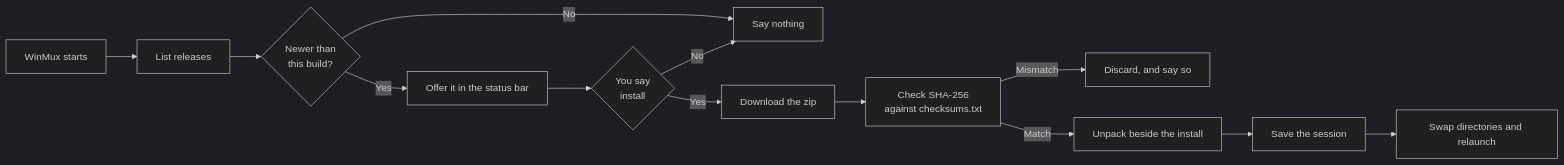
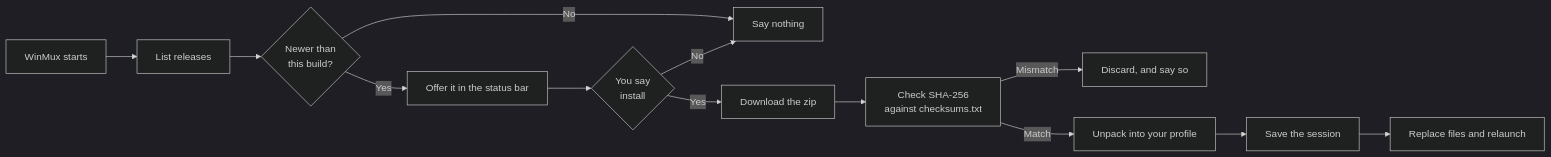
One commit to rennerdo30/winmux changed the diagram in docs/src/content/docs/updates.mdx. Above: the diagram before and after it, drawn with Mermaid (dark theme). The commit also changed other lines of this file and 17 other files, not shown here.

````diff
--- a/docs/src/content/docs/updates.mdx
+++ b/docs/src/content/docs/updates.mdx
@@ -13,15 +13,15 @@
 ```mermaid
 graph LR
     A[WinMux starts] --> B[List releases]
     B --> C{Newer than<br/>this build?}
     C -->|No| D[Say nothing]
     C -->|Yes| E[Offer it in the status bar]
     E --> F{You say<br/>install}
     F -->|No| D
     F -->|Yes| G[Download the zip]
     G --> H[Check SHA-256<br/>against checksums.txt]
     H -->|Mismatch| I[Discard, and say so]
-    H -->|Match| J[Unpack beside the install]
+    H -->|Match| J[Unpack into your profile]
     J --> K[Save the session]
-    K --> L[Swap directories and relaunch]
+    K --> L[Replace files and relaunch]
 ```
````
